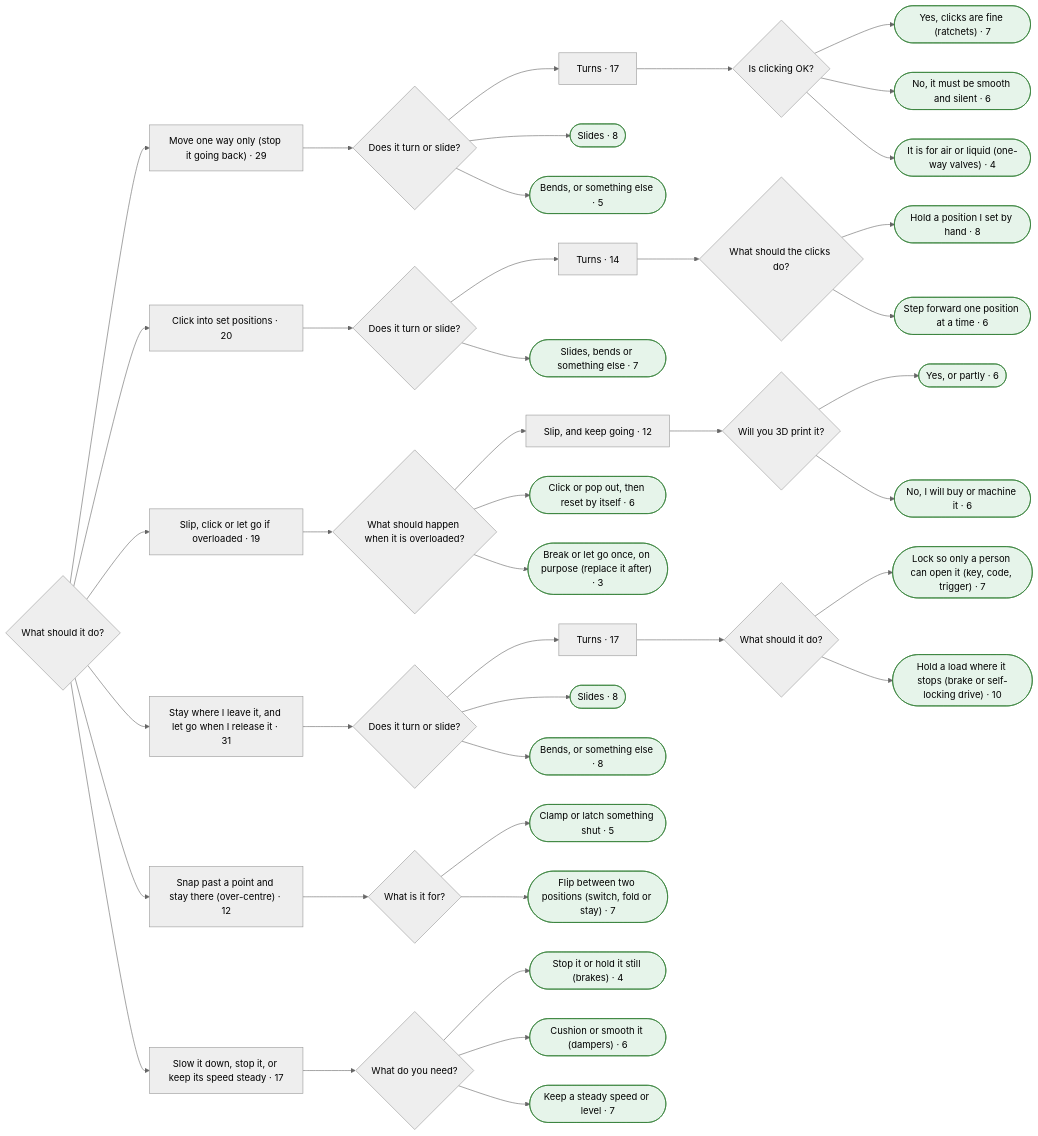
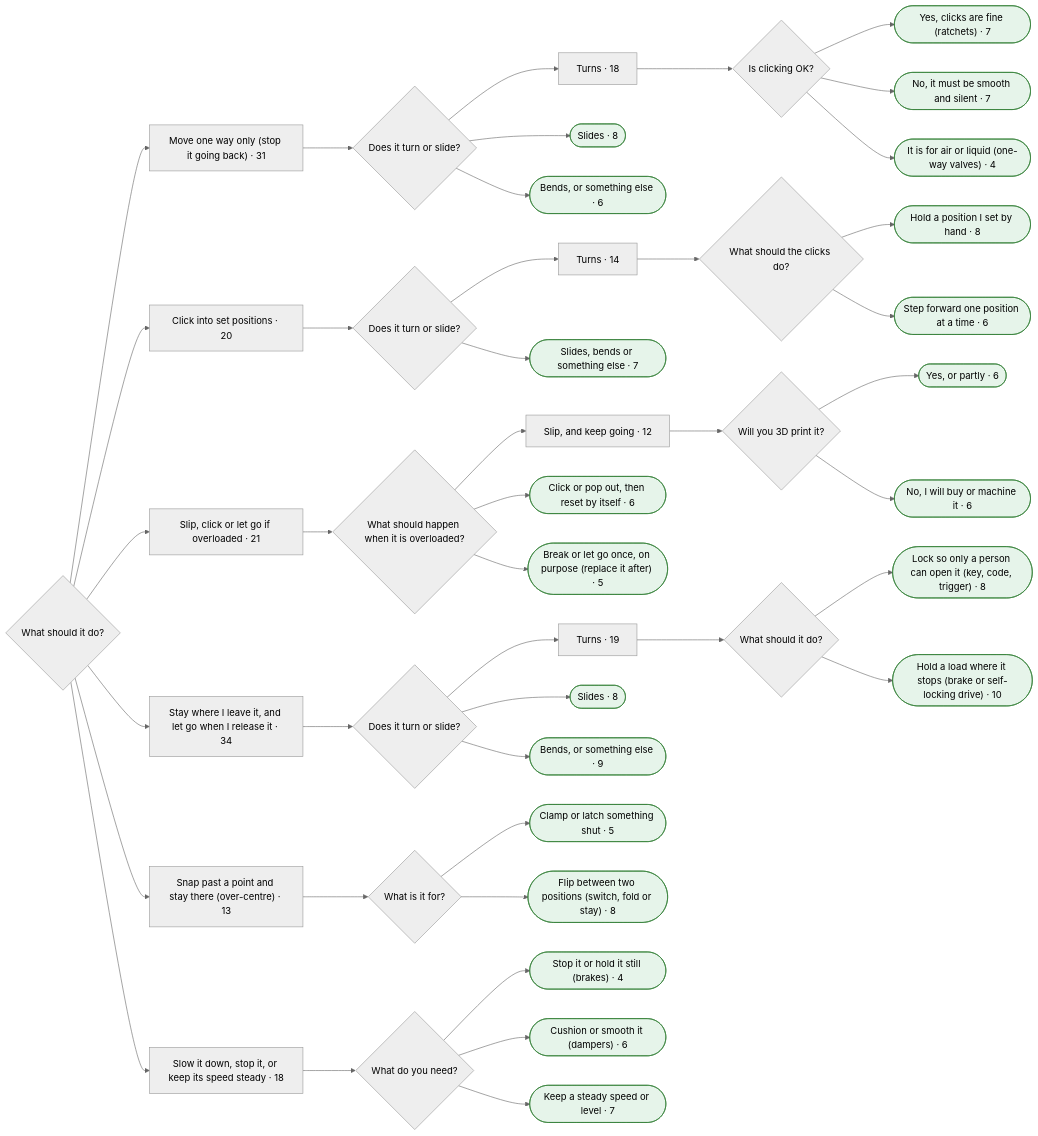
One commit to smileymcfrown/EncyclopediaOfConnections changed the fifth of 11 diagrams in research/finder-test/mermaid.md. Above: the diagram before and after it, drawn with Mermaid (neutral theme). The commit also changed other lines of this file and 5 other files, not shown here.

````diff
--- a/research/finder-test/mermaid.md
+++ b/research/finder-test/mermaid.md
@@ -474,109 +599,109 @@
 ```mermaid
 flowchart LR
-  q173{"What should it do?"}
-  a174["Move one way only (stop it going back) · 29"]
-  q173 --> a174
-  q175{"Does it turn or slide?"}
-  a174 --> q175
-  a176["Turns · 17"]
-  q175 --> a176
-  q177{"Is clicking OK?"}
-  a176 --> q177
-  a178(["Yes, clicks are fine (ratchets) · 7"])
-  q177 --> a178
-  class a178 leaf
-  a179(["No, it must be smooth and silent · 6"])
-  q177 --> a179
-  class a179 leaf
-  a180(["It is for air or liquid (one-way valves) · 4"])
-  q177 --> a180
-  class a180 leaf
-  a181(["Slides · 8"])
-  q175 --> a181
-  class a181 leaf
-  a182(["Bends, or something else · 5"])
-  q175 --> a182
-  class a182 leaf
-  a183["Click into set positions · 20"]
-  q173 --> a183
-  q184{"Does it turn or slide?"}
-  a183 --> q184
-  a185["Turns · 14"]
-  q184 --> a185
-  q186{"What should the clicks do?"}
-  a185 --> q186
-  a187(["Hold a position I set by hand · 8"])
-  q186 --> a187
-  class a187 leaf
-  a188(["Step forward one position at a time · 6"])
-  q186 --> a188
-  class a188 leaf
-  a189(["Slides, bends or something else · 7"])
-  q184 --> a189
-  class a189 leaf
-  a190["Slip, click or let go if overloaded · 19"]
-  q173 --> a190
-  q191{"What should happen when it is overloaded?"}
-  a190 --> q191
-  a192["Slip, and keep going · 12"]
-  q191 --> a192
-  q193{"Will you 3D print it?"}
-  a192 --> q193
-  a194(["Yes, or partly · 6"])
-  q193 --> a194
-  class a194 leaf
-  a195(["No, I will buy or machine it · 6"])
-  q193 --> a195
-  class a195 leaf
-  a196(["Click or pop out, then reset by itself · 6"])
-  q191 --> a196
-  class a196 leaf
-  a197(["Break or let go once, on purpose (replace it after) · 3"])
-  q191 --> a197
-  class a197 leaf
-  a198["Stay where I leave it, and let go when I release it · 31"]
-  q173 --> a198
-  q199{"Does it turn or slide?"}
-  a198 --> q199
-  a200["Turns · 17"]
-  q199 --> a200
-  q201{"What should it do?"}
-  a200 --> q201
-  a202(["Lock so only a person can open it (key, code, trigger) · 7"])
-  q201 --> a202
-  class a202 leaf
-  a203(["Hold a load where it stops (brake or self-locking drive) · 10"])
-  q201 --> a203
-  class a203 leaf
-  a204(["Slides · 8"])
-  q199 --> a204
-  class a204 leaf
-  a205(["Bends, or something else · 8"])
-  q199 --> a205
-  class a205 leaf
-  a206["Snap past a point and stay there (over-centre) · 12"]
-  q173 --> a206
-  q207{"What is it for?"}
-  a206 --> q207
-  a208(["Clamp or latch something shut · 5"])
-  q207 --> a208
-  class a208 leaf
-  a209(["Flip between two positions (switch, fold or stay) · 7"])
-  q207 --> a209
-  class a209 leaf
-  a210["Slow it down, stop it, or keep its speed steady · 17"]
-  q173 --> a210
-  q211{"What do you need?"}
-  a210 --> q211
-  a212(["Stop it or hold it still (brakes) · 4"])
-  q211 --> a212
-  class a212 leaf
-  a213(["Cushion or smooth it (dampers) · 6"])
-  q211 --> a213
-  class a213 leaf
-  a214(["Keep a steady speed or level · 7"])
-  q211 --> a214
-  class a214 leaf
+  q218{"What should it do?"}
+  a219["Move one way only (stop it going back) · 31"]
+  q218 --> a219
+  q220{"Does it turn or slide?"}
+  a219 --> q220
+  a221["Turns · 18"]
+  q220 --> a221
+  q222{"Is clicking OK?"}
+  a221 --> q222
+  a223(["Yes, clicks are fine (ratchets) · 7"])
+  q222 --> a223
+  class a223 leaf
+  a224(["No, it must be smooth and silent · 7"])
+  q222 --> a224
+  class a224 leaf
+  a225(["It is for air or liquid (one-way valves) · 4"])
+  q222 --> a225
+  class a225 leaf
+  a226(["Slides · 8"])
+  q220 --> a226
+  class a226 leaf
+  a227(["Bends, or something else · 6"])
+  q220 --> a227
+  class a227 leaf
+  a228["Click into set positions · 20"]
+  q218 --> a228
+  q229{"Does it turn or slide?"}
+  a228 --> q229
+  a230["Turns · 14"]
+  q229 --> a230
+  q231{"What should the clicks do?"}
+  a230 --> q231
+  a232(["Hold a position I set by hand · 8"])
+  q231 --> a232
+  class a232 leaf
+  a233(["Step forward one position at a time · 6"])
+  q231 --> a233
+  class a233 leaf
+  a234(["Slides, bends or something else · 7"])
+  q229 --> a234
+  class a234 leaf
+  a235["Slip, click or let go if overloaded · 21"]
+  q218 --> a235
+  q236{"What should happen when it is overloaded?"}
+  a235 --> q236
+  a237["Slip, and keep going · 12"]
+  q236 --> a237
+  q238{"Will you 3D print it?"}
+  a237 --> q238
+  a239(["Yes, or partly · 6"])
+  q238 --> a239
+  class a239 leaf
+  a240(["No, I will buy or machine it · 6"])
+  q238 --> a240
+  class a240 leaf
+  a241(["Click or pop out, then reset by itself · 6"])
+  q236 --> a241
+  class a241 leaf
+  a242(["Break or let go once, on purpose (replace it after) · 5"])
+  q236 --> a242
+  class a242 leaf
+  a243["Stay where I leave it, and let go when I release it · 34"]
+  q218 --> a243
+  q244{"Does it turn or slide?"}
+  a243 --> q244
+  a245["Turns · 19"]
+  q244 --> a245
+  q246{"What should it do?"}
+  a245 --> q246
+  a247(["Lock so only a person can open it (key, code, trigger) · 8"])
+  q246 --> a247
+  class a247 leaf
+  a248(["Hold a load where it stops (brake or self-locking drive) · 10"])
+  q246 --> a248
+  class a248 leaf
+  a249(["Slides · 8"])
+  q244 --> a249
+  class a249 leaf
+  a250(["Bends, or something else · 9"])
+  q244 --> a250
+  class a250 leaf
+  a251["Snap past a point and stay there (over-centre) · 13"]
+  q218 --> a251
+  q252{"What is it for?"}
+  a251 --> q252
+  a253(["Clamp or latch something shut · 5"])
+  q252 --> a253
+  class a253 leaf
+  a254(["Flip between two positions (switch, fold or stay) · 8"])
+  q252 --> a254
+  class a254 leaf
+  a255["Slow it down, stop it, or keep its speed steady · 18"]
+  q218 --> a255
+  q256{"What do you need?"}
+  a255 --> q256
+  a257(["Stop it or hold it still (brakes) · 4"])
+  q256 --> a257
+  class a257 leaf
+  a258(["Cushion or smooth it (dampers) · 6"])
+  q256 --> a258
+  class a258 leaf
+  a259(["Keep a steady speed or level · 7"])
+  q256 --> a259
+  class a259 leaf
   classDef leaf fill:#e6f4ea,stroke:#2e7d32
   classDef more fill:#fff4e5,stroke:#b26a00
 ```
````
